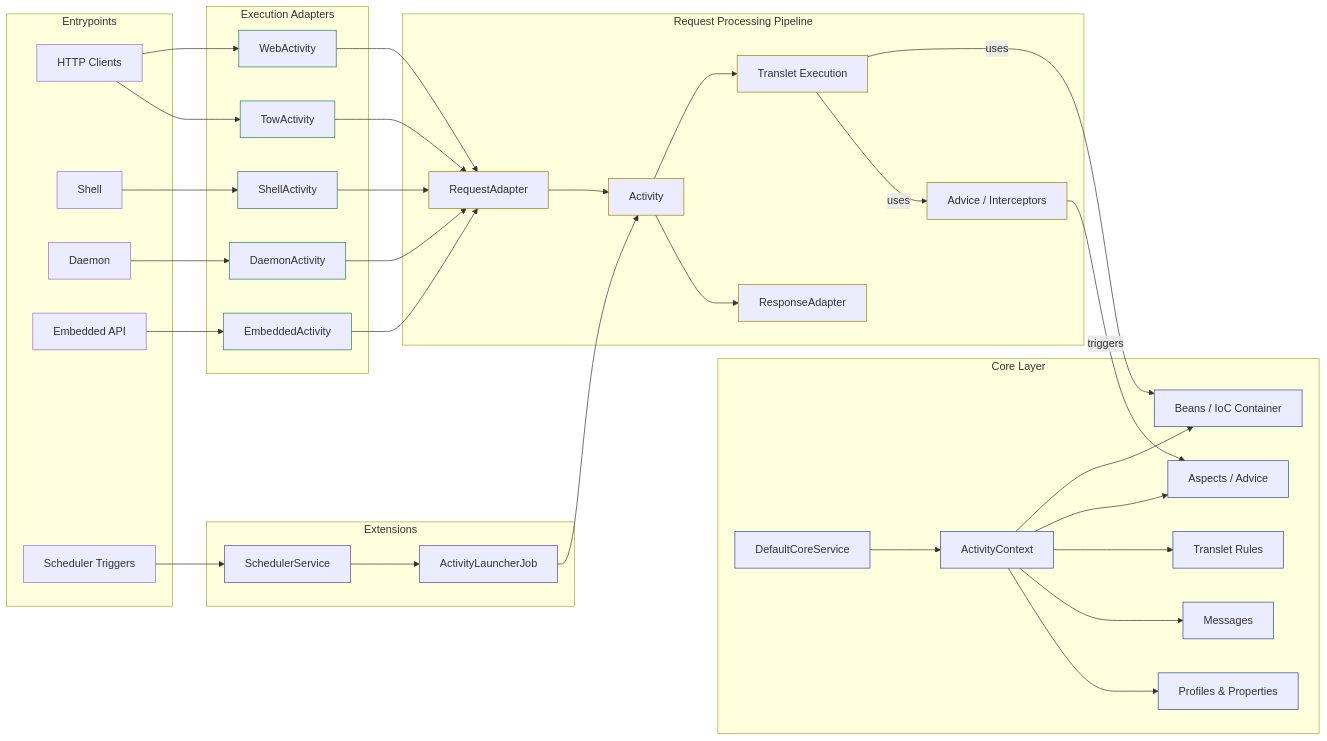
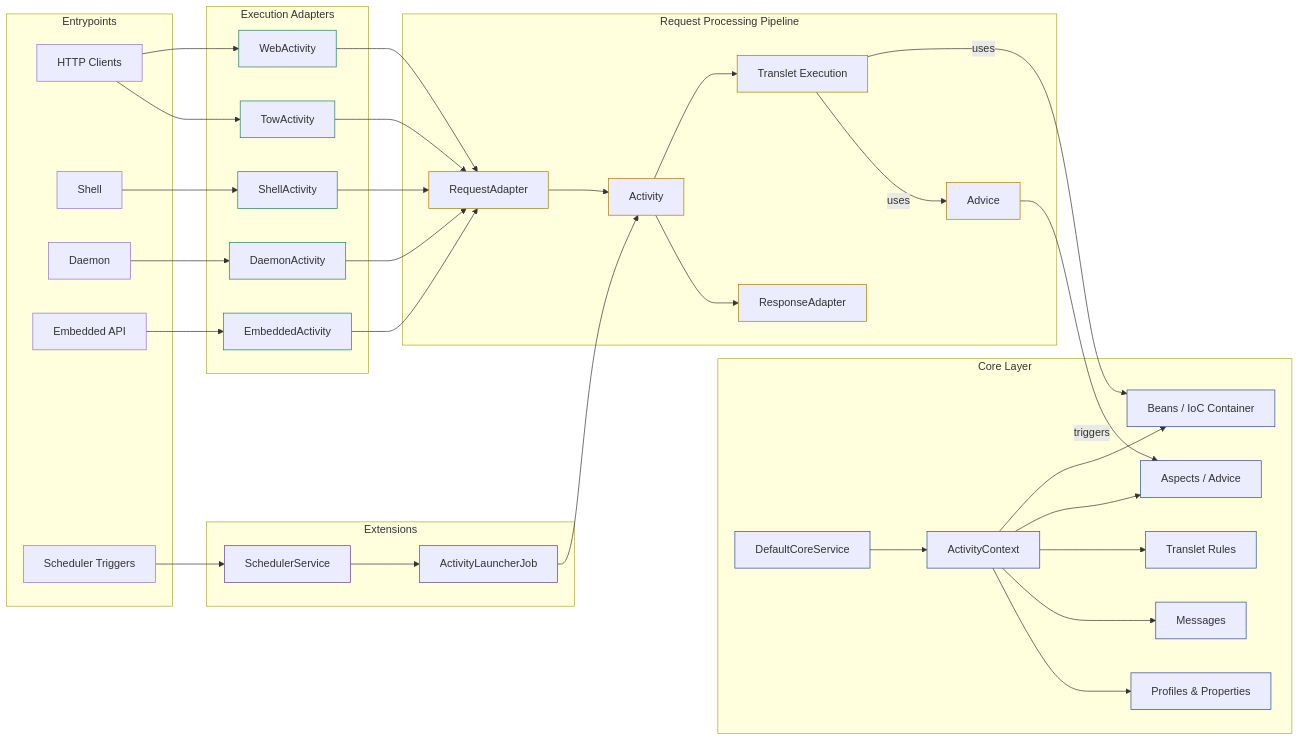
Before and after one commit to aspectran/aspectran.github.io: the third of 9 diagrams in _pages/en/docs/architecture/aspectran-architecture-diagrams.md, drawn with Mermaid. The commit also changed other lines of this file and 1 other file, not shown here.

````diff
--- a/_pages/en/docs/architecture/aspectran-architecture-diagrams.md
+++ b/_pages/en/docs/architecture/aspectran-architecture-diagrams.md
@@ -190,80 +190,80 @@
 ```mermaid
 flowchart LR
   %% Clients / Triggers
   subgraph Entrypoints[Entrypoints]
     HTTP[HTTP Clients]
     CLI[Shell]
     Daemon[Daemon]
     Embedded[Embedded API]
     Scheduler[Scheduler Triggers]
   end
 
   %% Environment Adapters -> Activities
   subgraph Adapters[Execution Adapters]
     WA[WebActivity]
     TA[TowActivity]
     SA[ShellActivity]
     DA[DaemonActivity]
     EA[EmbeddedActivity]
   end
 
   %% Core Service & Context
   subgraph Core[Core Layer]
     DCS[DefaultCoreService]
     AC[ActivityContext]
     Beans[Beans / IoC Container]
     AOP[Aspects / Advice]
     Translets[Translet Rules]
     Msg[Messages]
     Env[Profiles & Properties]
   end
 
   %% Pipeline
   subgraph Pipeline[Request Processing Pipeline]
     Req[RequestAdapter]
     Act[Activity]
     TL[Translet Execution]
-    Adv[Advice / Interceptors]
+    Adv[Advice]
     Res[ResponseAdapter]
   end
 
   %% Extensions
   subgraph Ext[Extensions]
     Sch[SchedulerService]
     AJ[ActivityLauncherJob]
   end
 
   %% Flows from entrypoints to adapters
   HTTP --> WA & TA
   CLI --> SA
   Daemon --> DA
   Embedded --> EA
   Scheduler --> Sch
 
   %% Adapters run pipeline
   WA & TA & SA & DA & EA --> Req
 
   %% Core service builds context
   DCS --> AC
   AC --> Beans & AOP & Translets & Msg & Env
 
   %% Pipeline interacts with context
   Req --> Act --> TL
   TL -- uses --> Beans & Adv
   Adv -- triggers --> AOP
   Act --> Res
 
   %% Scheduler triggers Activities
   Sch --> AJ --> Act
 
   %% Styling
   classDef core stroke:#2a4b8d,stroke-width:1px;
   classDef pipe stroke:#aa7a00,stroke-width:1px;
   classDef adapt stroke:#1e7f5c,stroke-width:1px;
   classDef ext stroke:#5a3e9b,stroke-width:1px;
 
   class DCS,AC,Beans,AOP,Translets,Msg,Env core
   class Req,Act,TL,Adv,Res pipe
   class WA,TA,SA,DA,EA adapt
   class Sch,AJ ext
 ```
````
